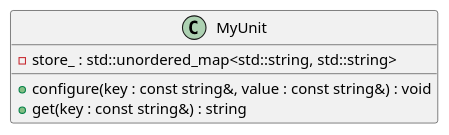
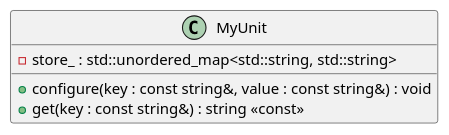
One commit to eclipse-score/tooling changed the diagram in bazel/rules/rules_score/examples/minimal/docs/class_design.puml. Above: the diagram before and after it, drawn with PlantUML. The commit also changed 51 other files, not shown here.

```diff
--- a/bazel/rules/rules_score/examples/minimal/docs/class_design.puml
+++ b/bazel/rules/rules_score/examples/minimal/docs/class_design.puml
@@ -14,11 +14,11 @@
 @startuml
 
 ' Class diagram for MyUnit — internal design of the key-value store unit.
 
 class MyUnit {
     - store_ : std::unordered_map<std::string, std::string>
     + configure(key : const string&, value : const string&) : void
-    + get(key : const string&) : string
+    + get(key : const string&) : string <<const>>
 }
 
 @enduml
```
